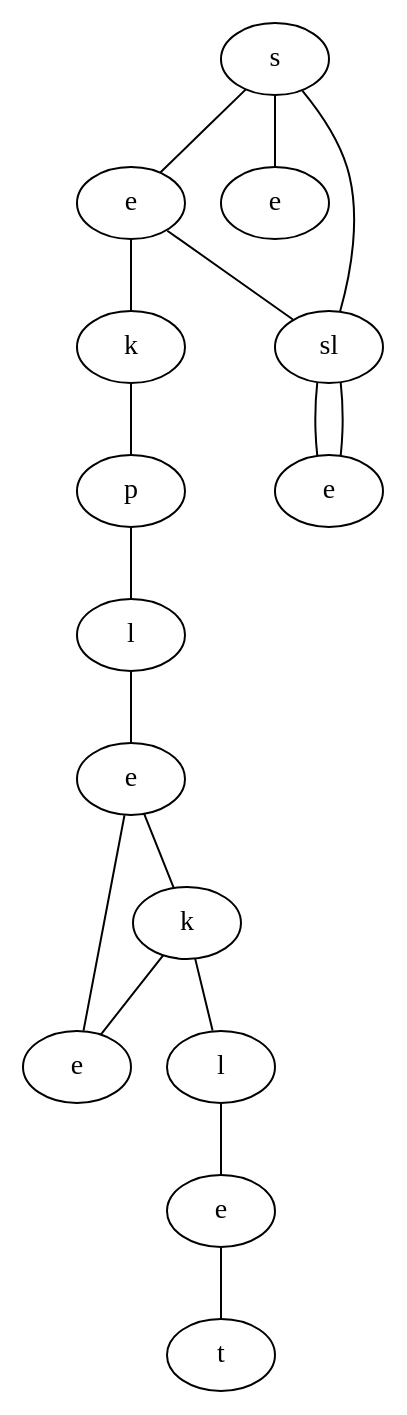
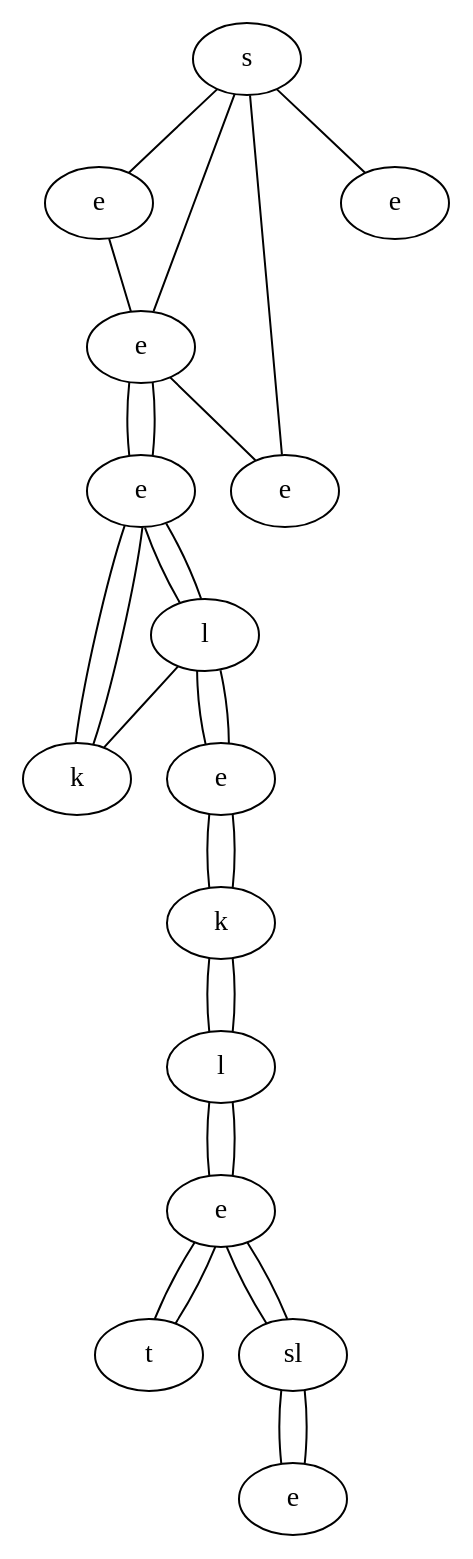
Before and after one commit to schrum2/MM-NEAT: the diagram in data/VGLC/graph.dot, drawn with Graphviz. The commit also changed 8 other files, not shown here.

```diff
--- a/data/VGLC/graph.dot
+++ b/data/VGLC/graph.dot
@@ -1,32 +1,44 @@
 graph {
-yGNc[label="s"]
-TaQF[label="e"]
-xfXM[label="e"]
-rdYM[label="sl"]
-PxNK[label="k"]
-uzOC[label="e"]
-UpMA[label="p"]
-LyuJ[label="l"]
-rPQV[label="e"]
-cbsz[label="k"]
-xclu[label="e"]
-iepB[label="l"]
-wRBA[label="e"]
-szDW[label="t"]
-yGNc -- TaQF
-yGNc -- xfXM
-yGNc -- rdYM
-TaQF -- PxNK
-TaQF -- rdYM
-rdYM -- uzOC
-PxNK -- UpMA
-rdYM -- uzOC
-UpMA -- LyuJ
-LyuJ -- rPQV
-rPQV -- cbsz
-rPQV -- xclu
-cbsz -- iepB
-cbsz -- xclu
-iepB -- wRBA
-wRBA -- szDW
+cHyT[label="s"]
+tJVs[label="e"]
+ERkU[label="e"]
+geaq[label="e"]
+OEzn[label="e"]
+jmrH[label="e"]
+qmhW[label="l"]
+MxNz[label="k"]
+eXit[label="e"]
+IlaF[label="k"]
+OjVK[label="l"]
+xjyx[label="e"]
+iqyo[label="t"]
+JrVx[label="sl"]
+LJoR[label="e"]
+cHyT -- tJVs
+cHyT -- ERkU
+cHyT -- geaq
+cHyT -- OEzn
+tJVs -- ERkU
+ERkU -- jmrH
+ERkU -- geaq
+ERkU -- jmrH
+jmrH -- qmhW
+jmrH -- MxNz
+jmrH -- qmhW
+jmrH -- MxNz
+qmhW -- MxNz
+qmhW -- eXit
+qmhW -- eXit
+eXit -- IlaF
+eXit -- IlaF
+IlaF -- OjVK
+IlaF -- OjVK
+OjVK -- xjyx
+OjVK -- xjyx
+xjyx -- iqyo
+xjyx -- JrVx
+xjyx -- iqyo
+xjyx -- JrVx
+JrVx -- LJoR
+JrVx -- LJoR
 }
```
